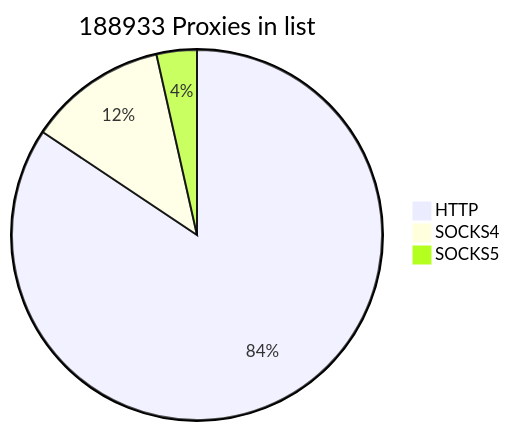
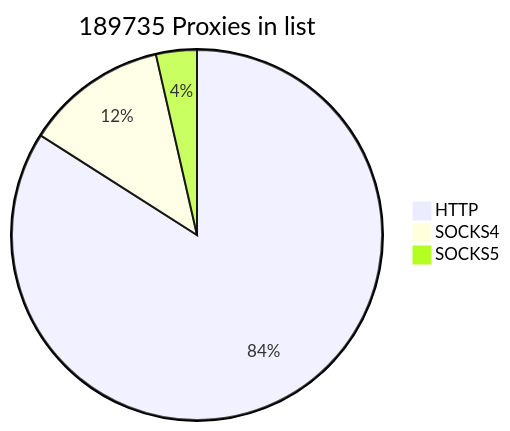
Before and after one commit to cutipu/proxylist: the first of 2 diagrams in README.md, drawn with Mermaid. The commit also changed other lines of this file, not shown here.

````diff
--- a/README.md
+++ b/README.md
@@ -2,7 +2,7 @@
 ```mermaid
-pie title 188933 Proxies in list
-    "HTTP" : 159398
-    "SOCKS4" : 22887
-    "SOCKS5" : 6648
+pie title 189735 Proxies in list
+    "HTTP" : 159425
+    "SOCKS4" : 23545
+    "SOCKS5" : 6765
             
 ```
````
